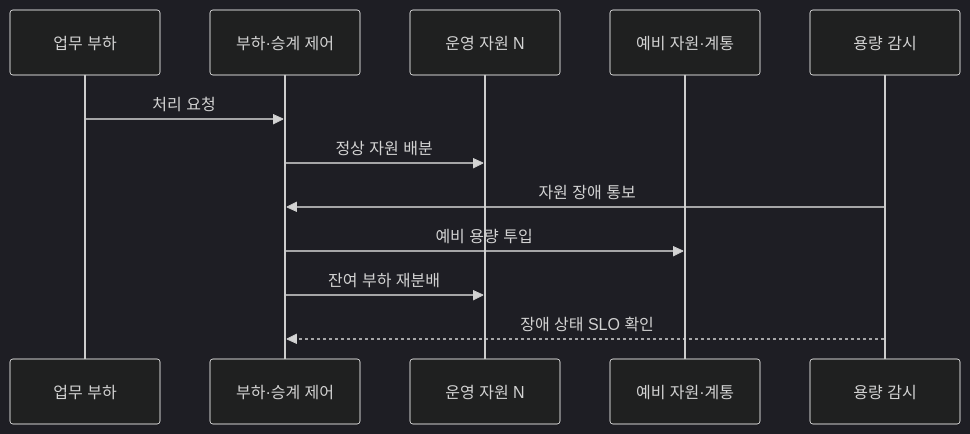
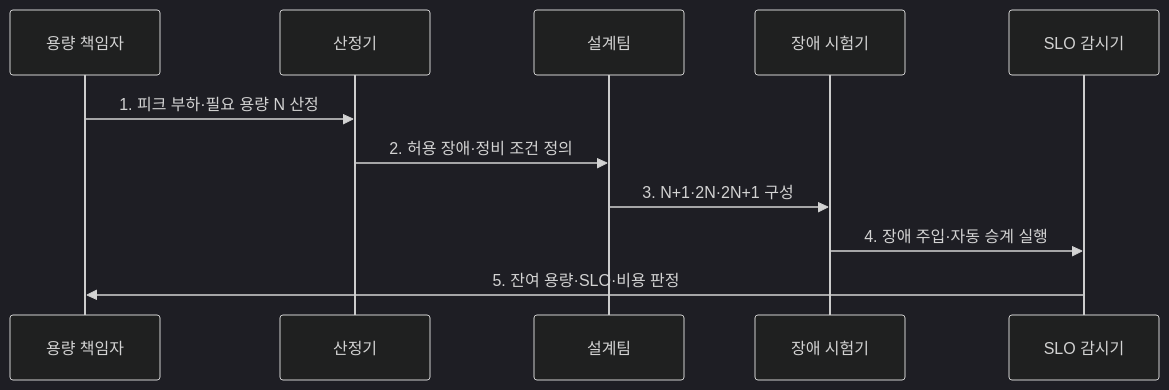
The second of 2 diagrams in src/content/docs/notes/06-evaluation/024_redundancy_configuration.md (agnusdei1207/knowledge-base), drawn with Mermaid (dark theme) before and after one commit. The commit also changed other lines of this file and 6 other files, not shown here.

````diff
--- a/src/content/docs/notes/06-evaluation/024_redundancy_configuration.md
+++ b/src/content/docs/notes/06-evaluation/024_redundancy_configuration.md
@@ -81,14 +83,13 @@
 ```mermaid
 sequenceDiagram
-    participant W as 업무 부하
-    participant C as 부하·승계 제어
-    participant P as 운영 자원 N
-    participant R as 예비 자원·계통
-    participant M as 용량 감시
-    W->>C: 처리 요청
-    C->>P: 정상 자원 배분
-    M->>C: 자원 장애 통보
-    C->>R: 예비 용량 투입
-    C->>P: 잔여 부하 재분배
-    M-->>C: 장애 상태 SLO 확인
+  participant O as 용량 책임자
+  participant C as 산정기
+  participant D as 설계팀
+  participant T as 장애 시험기
+  participant M as SLO 감시기
+  O->>C: 1. 피크 부하·필요 용량 N 산정
+  C->>D: 2. 허용 장애·정비 조건 정의
+  D->>T: 3. N+1·2N·2N+1 구성
+  T->>M: 4. 장애 주입·자동 승계 실행
+  M->>O: 5. 잔여 용량·SLO·비용 판정
 ```
````
